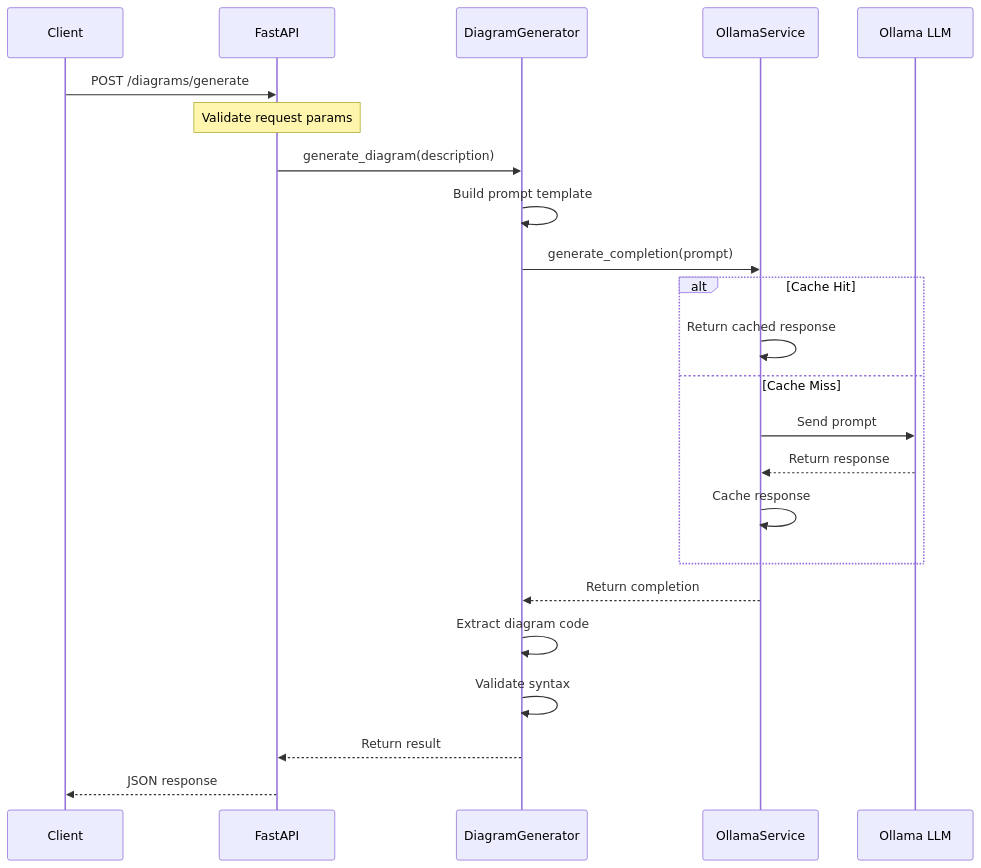
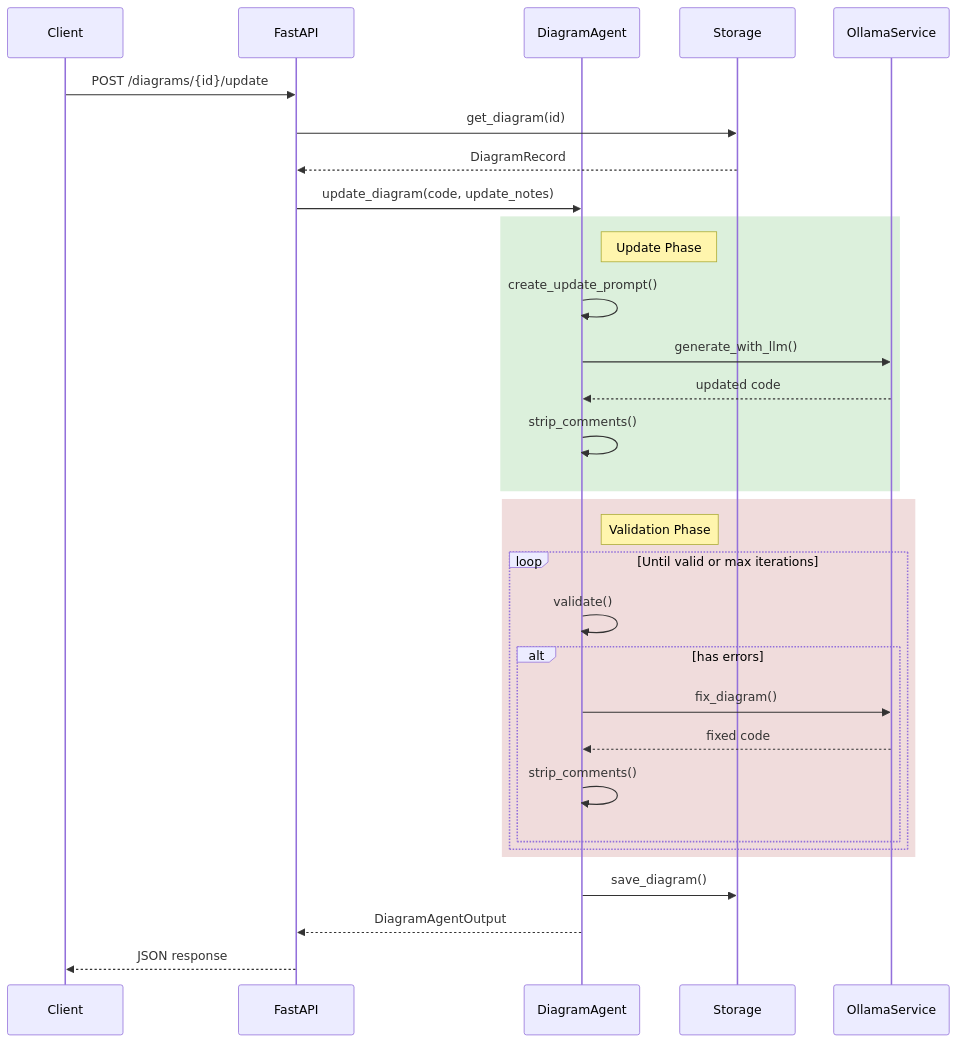
One commit to minimalefforttech/diagram_generator changed the second of 4 diagrams in docs/diagrams/sequence-flow.md. Above: the diagram before and after it, drawn with Mermaid. The commit also changed other lines of this file and 14 other files, not shown here.

````diff
--- a/docs/diagrams/sequence-flow.md
+++ b/docs/diagrams/sequence-flow.md
@@ -41,29 +62,39 @@
 ```mermaid
 sequenceDiagram
     participant Client
     participant API as FastAPI
-    participant DG as DiagramGenerator
+    participant Agent as DiagramAgent
+    participant DB as Storage
     participant OS as OllamaService
-    participant LLM as Ollama LLM
-
-    Client->>API: POST /diagrams/generate
-    Note over API: Validate request params
-    API->>DG: generate_diagram(description)
     
-    DG->>DG: Build prompt template
-    DG->>OS: generate_completion(prompt)
+    Client->>API: POST /diagrams/{id}/update
+    API->>DB: get_diagram(id)
+    DB-->>API: DiagramRecord
     
-    alt Cache Hit
-        OS->>OS: Return cached response
-    else Cache Miss
-        OS->>LLM: Send prompt
-        LLM-->>OS: Return response
-        OS->>OS: Cache response
+    API->>Agent: update_diagram(code, update_notes)
+    
+    rect rgb(220, 240, 220)
+        note right of Agent: Update Phase
+        Agent->>Agent: create_update_prompt()
+        Agent->>OS: generate_with_llm()
+        OS-->>Agent: updated code
+        Agent->>Agent: strip_comments()
     end
     
-    OS-->>DG: Return completion
-    DG->>DG: Extract diagram code
-    DG->>DG: Validate syntax
-    DG-->>API: Return result
+    rect rgb(240, 220, 220)
+        note right of Agent: Validation Phase
+        loop Until valid or max iterations
+            Agent->>Agent: validate()
+            
+            alt has errors
+                Agent->>OS: fix_diagram()
+                OS-->>Agent: fixed code
+                Agent->>Agent: strip_comments()
+            end
+        end
+    end
+    
+    Agent->>DB: save_diagram()
+    Agent-->>API: DiagramAgentOutput
     API-->>Client: JSON response
 ```
````
